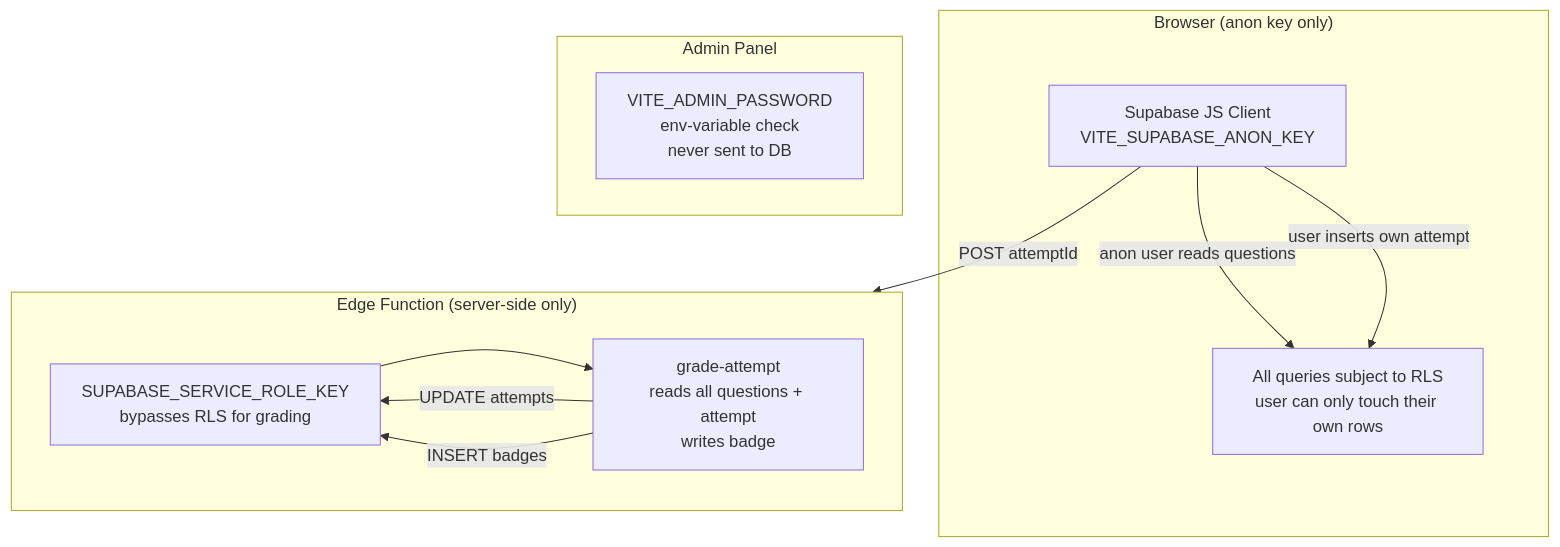
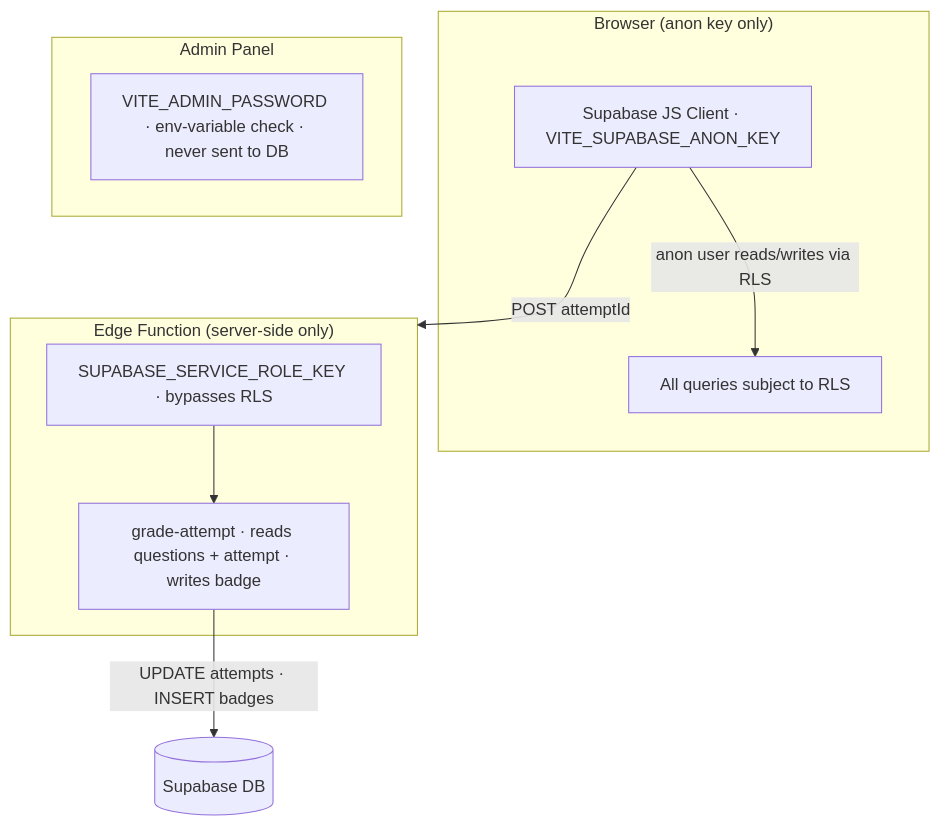
The tenth of 10 diagrams in README.md (SabeloMnikathi/Quiz-Badge-System-for-RapidHuman-AI), drawn with Mermaid before and after one commit. The commit also changed other lines of this file, not shown here.

Commit message:
Fix Mermaid diagram in Security Model section
Updated the Security Model section with a corrected Mermaid diagram and improved descriptions for clarity.

````diff
--- a/README.md
+++ b/README.md
@@ -429,23 +435,21 @@
 ```mermaid
 graph TB
     subgraph Browser["Browser (anon key only)"]
-        Client["Supabase JS Client<br/>VITE_SUPABASE_ANON_KEY"]
-        RLS["All queries subject to RLS<br/>user can only touch their own rows"]
+        Client["Supabase JS Client · VITE_SUPABASE_ANON_KEY"]
+        RLS["All queries subject to RLS"]
     end
 
-    subgraph EdgeFunction["Edge Function (server-side only)"]
-        ServiceKey["SUPABASE_SERVICE_ROLE_KEY<br/>bypasses RLS for grading"]
-        Grader["grade-attempt<br/>reads all questions + attempt<br/>writes badge"]
+    subgraph EdgeFn["Edge Function (server-side only)"]
+        ServiceKey["SUPABASE_SERVICE_ROLE_KEY · bypasses RLS"]
+        Grader["grade-attempt · reads questions + attempt · writes badge"]
     end
 
     subgraph AdminRoute["Admin Panel"]
-        PasswordGate["VITE_ADMIN_PASSWORD<br/>env-variable check<br/>never sent to DB"]
+        PasswordGate["VITE_ADMIN_PASSWORD · env-variable check · never sent to DB"]
     end
 
-    Client -->|anon user reads questions| RLS
-    Client -->|user inserts own attempt| RLS
-    Client -->|POST attemptId| EdgeFunction
+    Client -->|anon user reads/writes via RLS| RLS
+    Client -->|POST attemptId| EdgeFn
     ServiceKey --> Grader
-    Grader -->|UPDATE attempts| ServiceKey
-    Grader -->|INSERT badges| ServiceKey
+    Grader -->|UPDATE attempts · INSERT badges| DB[(Supabase DB)]
 ```
````
